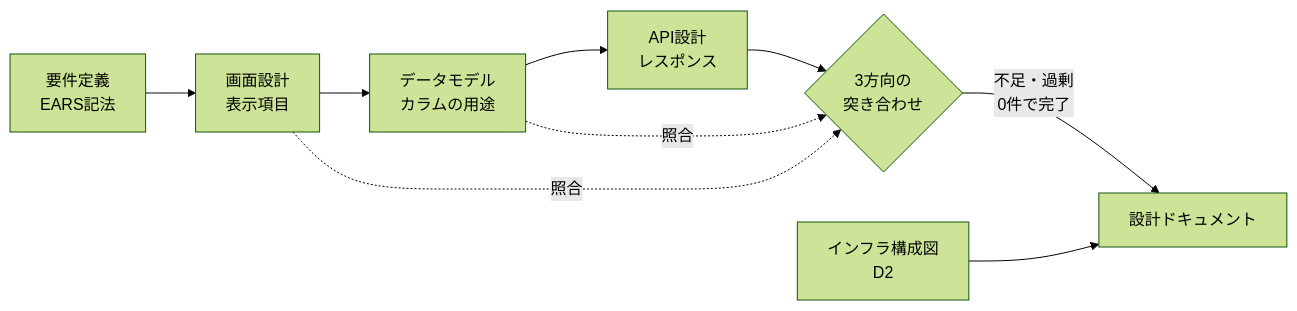
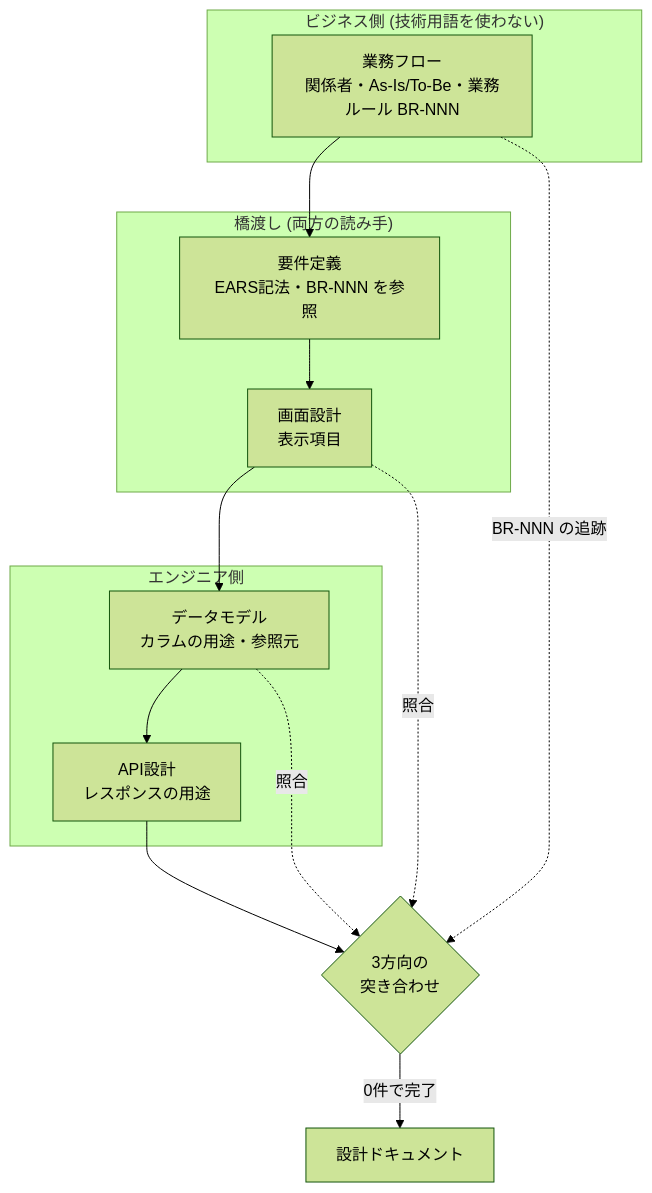
One commit to joe41203/mitorizu changed the first of 4 diagrams in README.md. Above: the diagram before and after it, drawn with Mermaid (forest theme). The commit also changed other lines of this file, not shown here.

````diff
--- a/README.md
+++ b/README.md
@@ -58,11 +66,20 @@
 ```mermaid
-flowchart LR
-    REQ["要件定義<br/>EARS記法"] --> SCR["画面設計<br/>表示項目"]
-    SCR --> DM["データモデル<br/>カラムの用途"]
-    DM --> API["API設計<br/>レスポンス"]
+flowchart TD
+    subgraph B["ビジネス側 (技術用語を使わない)"]
+        BF["業務フロー<br/>関係者・As-Is/To-Be・業務ルール BR-NNN"]
+    end
+    subgraph M["橋渡し (両方の読み手)"]
+        REQ["要件定義<br/>EARS記法・BR-NNN を参照"]
+        SCR["画面設計<br/>表示項目"]
+    end
+    subgraph E["エンジニア側"]
+        DM["データモデル<br/>カラムの用途・参照元"]
+        API["API設計<br/>レスポンスの用途"]
+    end
+    BF --> REQ --> SCR --> DM --> API
     API --> TR{"3方向の<br/>突き合わせ"}
     SCR -.->|"照合"| TR
     DM -.->|"照合"| TR
-    TR -->|"不足・過剰<br/>0件で完了"| DOC["設計ドキュメント"]
-    INF["インフラ構成図<br/>D2"] --> DOC
+    BF -.->|"BR-NNN の追跡"| TR
+    TR -->|"0件で完了"| DOC["設計ドキュメント"]
 ```
````
